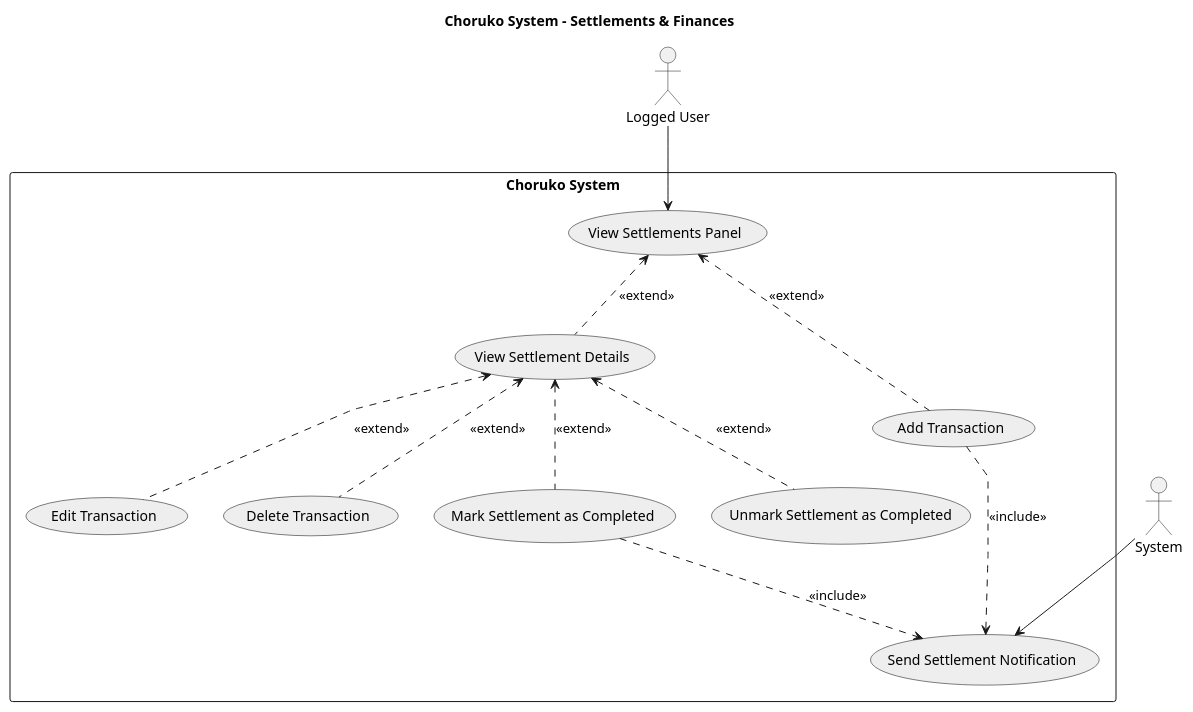
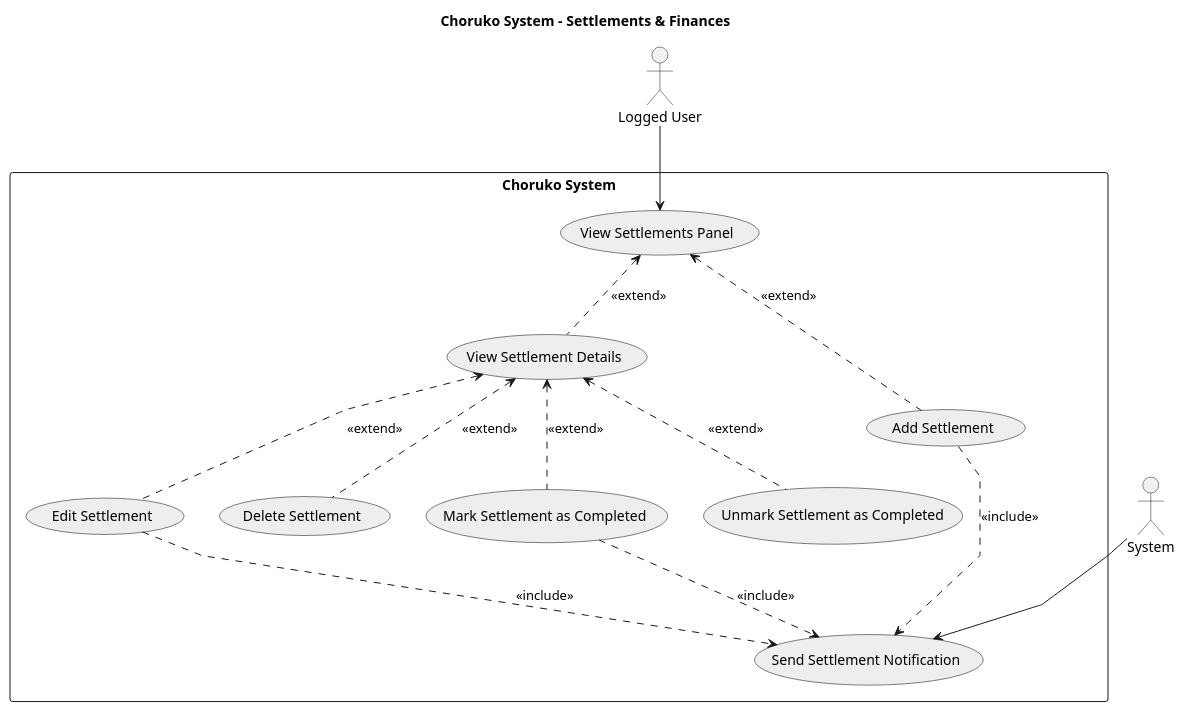
Before and after one commit to psampir/choruko: the diagram in docs/UML/use-case-diagrams/settlements-finances-diagram.puml, drawn with PlantUML. The commit also changed 2 other files, not shown here.

Commit message:
docs/updated function flow

```diff
--- a/docs/UML/use-case-diagrams/settlements-finances-diagram.puml
+++ b/docs/UML/use-case-diagrams/settlements-finances-diagram.puml
@@ -1,40 +1,41 @@
 @startuml settlements-finances
 
 title Choruko System - Settlements & Finances
 skinparam usecaseBorderColor #000000
 skinparam usecaseBackgroundColor #EEEEEE
 skinparam packageStyle rectangle
 skinparam linetype polyline
 top to bottom direction
 
 :Logged User: as l_user
 :System: as system
 
 rectangle "Choruko System" {
   usecase "View Settlements Panel" as UC23
 
   usecase "View Settlement Details" as UC24
-  usecase "Edit Transaction" as UC26
-  usecase "Delete Transaction" as UC27
+  usecase "Edit Settlement" as UC26
+  usecase "Delete Settlement" as UC27
 
-  usecase "Add Transaction" as UC25
+  usecase "Add Settlement" as UC25
   
   usecase "Mark Settlement as Completed" as UC28
   usecase "Unmark Settlement as Completed" as UC29
 
   usecase "Send Settlement Notification" as UC36
 }
 
 l_user --> UC23
 system --> UC36
 
 UC23 <.. UC24 : <<extend>>
 UC24 <.. UC28 : <<extend>>
 UC24 <.. UC29 : <<extend>>
 UC23 <.. UC25 : <<extend>>
 UC28 ..> UC36 : <<include>>
 UC24 <.. UC26 : <<extend>>
 UC24 <.. UC27 : <<extend>>
+UC26 ..> UC36 : <<include>>
 UC25 ..> UC36 : <<include>>
 
 @enduml
```
